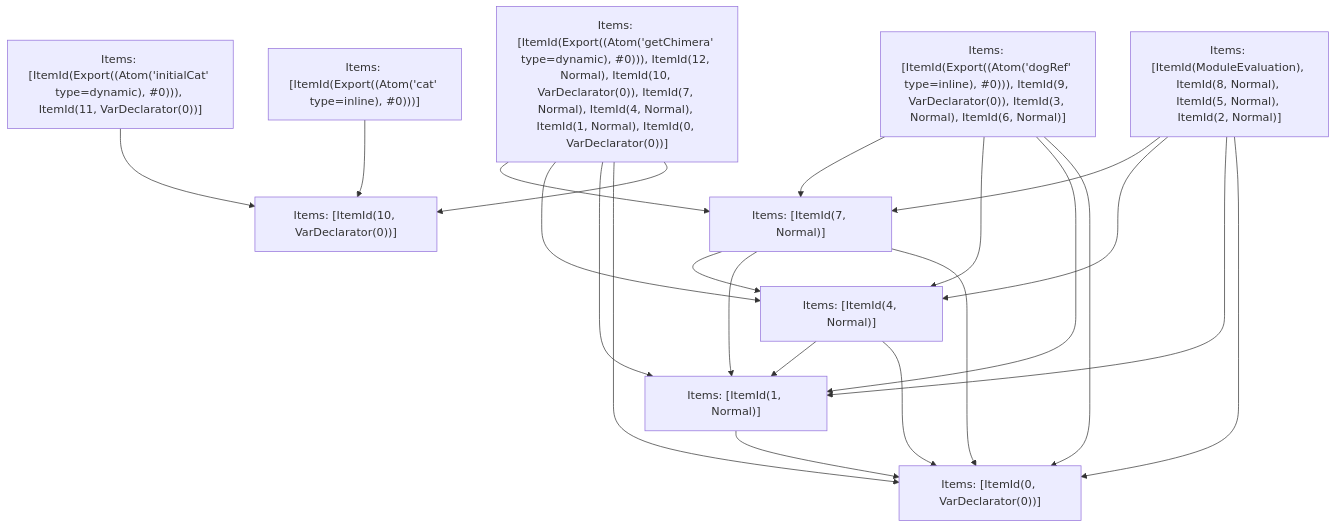
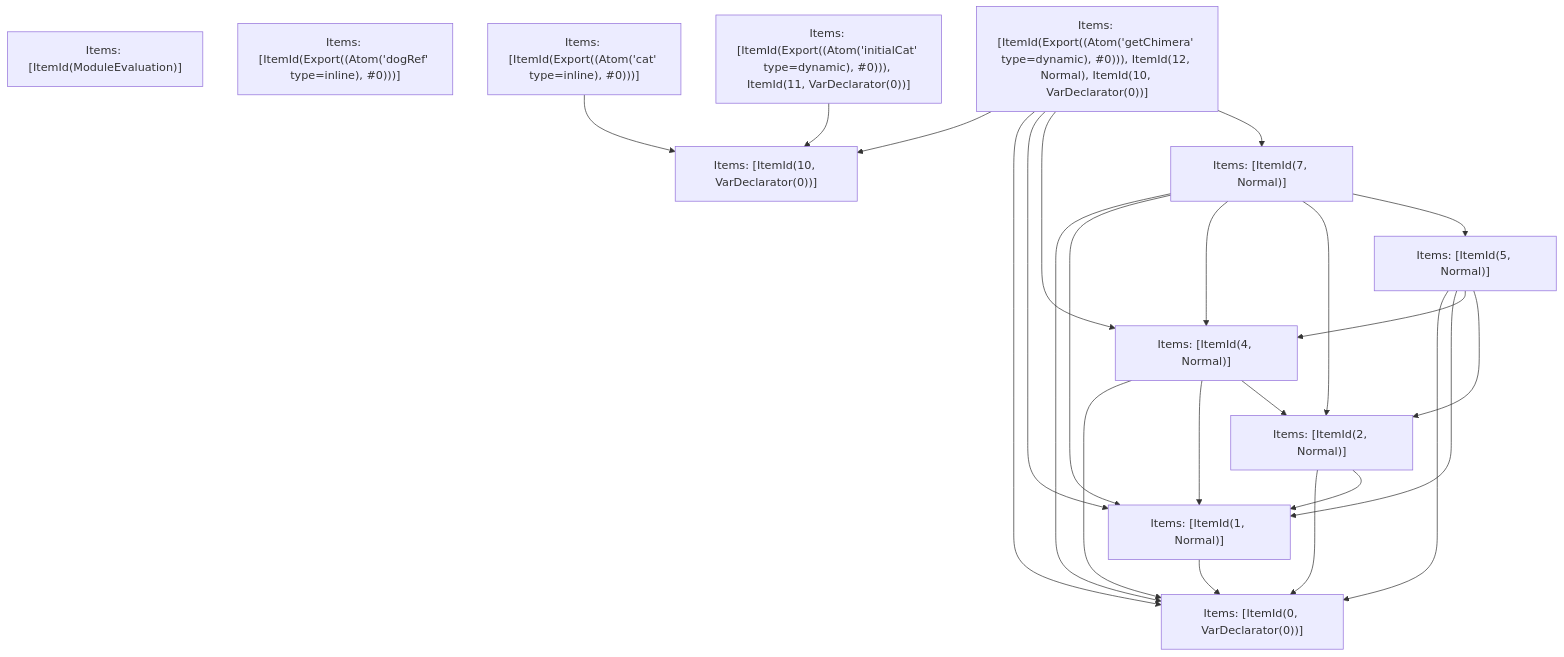
The fifth of 5 diagrams in crates/turbopack-ecmascript/tests/tree-shaker/analyzer/complex/output.md (vercel/turborepo), drawn with Mermaid before and after one commit. The commit also changed other lines of this file and 3 other files, not shown here.

````diff
--- a/crates/turbopack-ecmascript/tests/tree-shaker/analyzer/complex/output.md
+++ b/crates/turbopack-ecmascript/tests/tree-shaker/analyzer/complex/output.md
@@ -383,34 +371,37 @@
 ```mermaid
 graph TD
-    N0["Items: [ItemId(ModuleEvaluation), ItemId(8, Normal), ItemId(5, Normal), ItemId(2, Normal)]"];
-    N1["Items: [ItemId(Export((Atom('dogRef' type=inline), #0))), ItemId(9, VarDeclarator(0)), ItemId(3, Normal), ItemId(6, Normal)]"];
+    N0["Items: [ItemId(ModuleEvaluation)]"];
+    N1["Items: [ItemId(Export((Atom('dogRef' type=inline), #0)))]"];
     N2["Items: [ItemId(Export((Atom('cat' type=inline), #0)))]"];
     N3["Items: [ItemId(Export((Atom('initialCat' type=dynamic), #0))), ItemId(11, VarDeclarator(0))]"];
-    N4["Items: [ItemId(Export((Atom('getChimera' type=dynamic), #0))), ItemId(12, Normal), ItemId(10, VarDeclarator(0)), ItemId(7, Normal), ItemId(4, Normal), ItemId(1, Normal), ItemId(0, VarDeclarator(0))]"];
+    N4["Items: [ItemId(Export((Atom('getChimera' type=dynamic), #0))), ItemId(12, Normal), ItemId(10, VarDeclarator(0))]"];
     N5["Items: [ItemId(0, VarDeclarator(0))]"];
     N6["Items: [ItemId(1, Normal)]"];
-    N7["Items: [ItemId(4, Normal)]"];
-    N8["Items: [ItemId(7, Normal)]"];
-    N9["Items: [ItemId(10, VarDeclarator(0))]"];
-    N0 --> N5;
-    N0 --> N6;
-    N0 --> N7;
-    N0 --> N8;
-    N1 --> N5;
-    N1 --> N6;
-    N1 --> N7;
-    N1 --> N8;
-    N2 --> N9;
-    N3 --> N9;
-    N4 --> N9;
+    N7["Items: [ItemId(2, Normal)]"];
+    N8["Items: [ItemId(4, Normal)]"];
+    N9["Items: [ItemId(5, Normal)]"];
+    N10["Items: [ItemId(7, Normal)]"];
+    N11["Items: [ItemId(10, VarDeclarator(0))]"];
+    N2 --> N11;
+    N3 --> N11;
+    N4 --> N11;
     N4 --> N5;
     N4 --> N6;
-    N4 --> N7;
     N4 --> N8;
+    N4 --> N10;
     N6 --> N5;
     N7 --> N5;
     N7 --> N6;
     N8 --> N5;
     N8 --> N6;
     N8 --> N7;
+    N9 --> N5;
+    N9 --> N6;
+    N9 --> N8;
+    N9 --> N7;
+    N10 --> N5;
+    N10 --> N6;
+    N10 --> N8;
+    N10 --> N7;
+    N10 --> N9;
 ```
````
